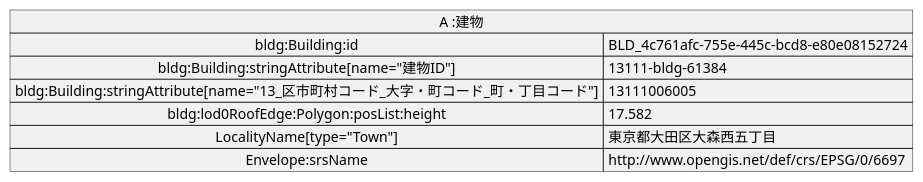
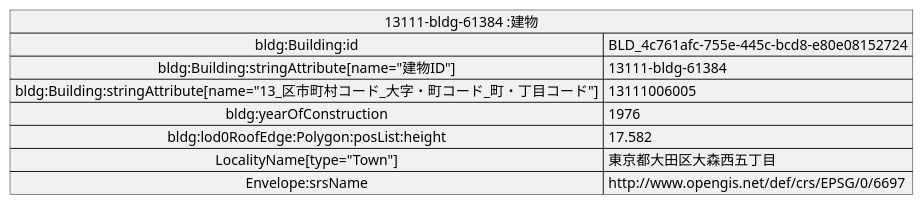
One commit to yuuhayashi/citygml-osm changed the diagram in doc/building/sample-b/sample-b-gml.pu. Above: the diagram before and after it, drawn with PlantUML. The commit also changed 22 other files, not shown here.

Commit message:
fix #31 建築年 bldg:yearOfConstruction

```diff
--- a/doc/building/sample-b/sample-b-gml.pu
+++ b/doc/building/sample-b/sample-b-gml.pu
@@ -1,10 +1,11 @@
 @startuml
-map "A :建物" as A {
+map "13111-bldg-61384 :建物" as A {
  bldg:Building:id => BLD_4c761afc-755e-445c-bcd8-e80e08152724
  bldg:Building:stringAttribute[name="建物ID"] => 13111-bldg-61384
  bldg:Building:stringAttribute[name="13_区市町村コード_大字・町コード_町・丁目コード"] => 13111006005
+ bldg:yearOfConstruction => 1976
  bldg:lod0RoofEdge:Polygon:posList:height => 17.582
  LocalityName[type="Town"] => 東京都大田区大森西五丁目
  Envelope:srsName => http://www.opengis.net/def/crs/EPSG/0/6697
 }
 @enduml
```
